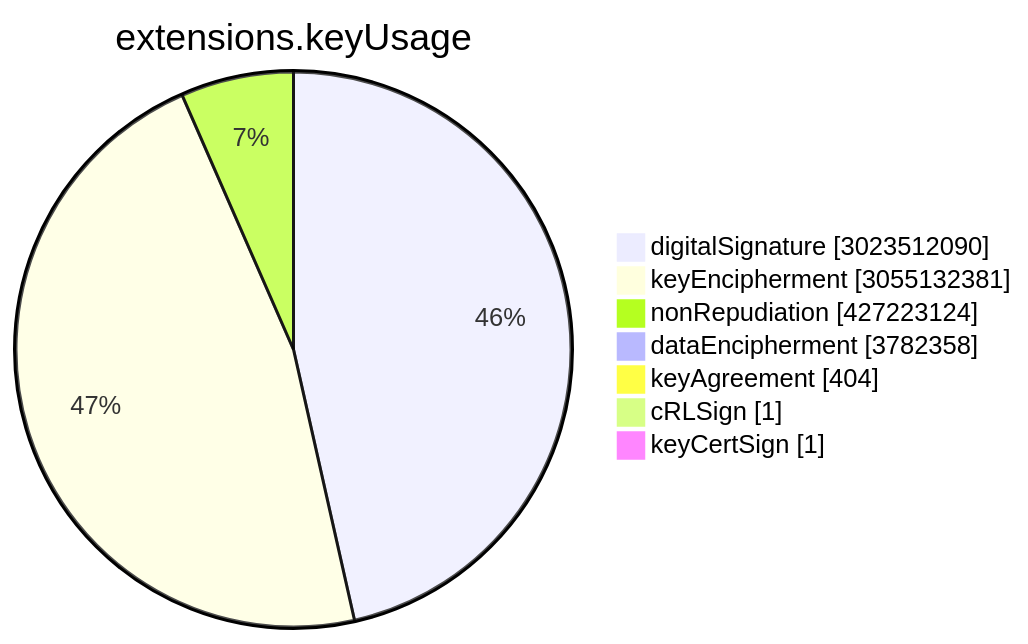
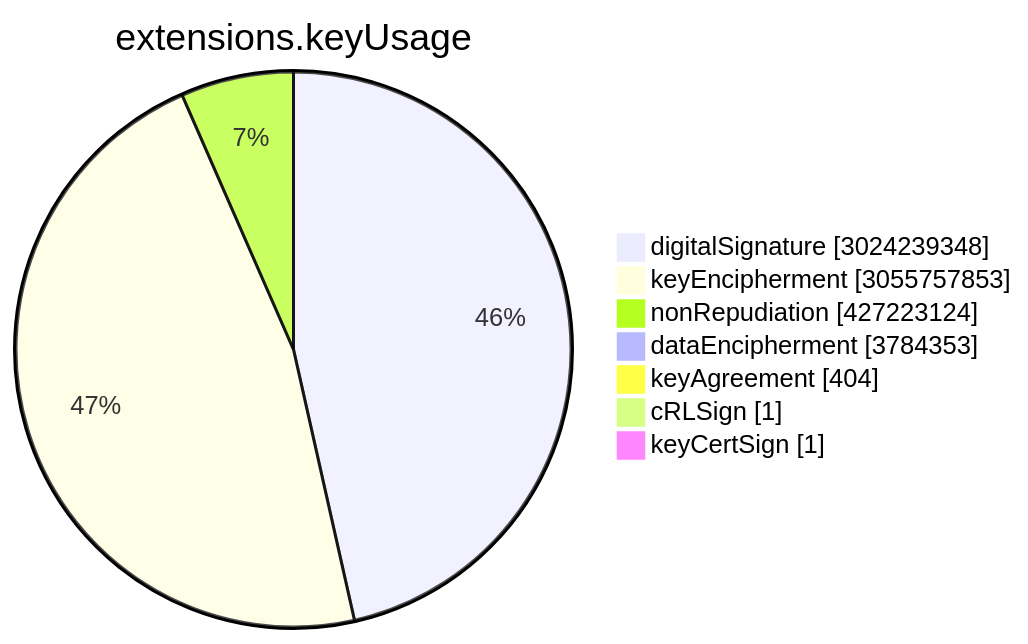
Before and after one commit to christiankrug/ctmonitor_visualization: the sixth of 15 diagrams in TOTAL/README.md, drawn with Mermaid. The commit also changed other lines of this file, not shown here.

````diff
--- a/TOTAL/README.md
+++ b/TOTAL/README.md
@@ -3077,11 +3077,11 @@
 ```mermaid
 pie showData
 title extensions.keyUsage
-"digitalSignature" :3023512090
-"keyEncipherment" :3055132381
+"digitalSignature" :3024239348
+"keyEncipherment" :3055757853
 "nonRepudiation" :427223124
-"dataEncipherment" :3782358
+"dataEncipherment" :3784353
 "keyAgreement" :404
 "cRLSign" :1
 "keyCertSign" :1
 ```
````
